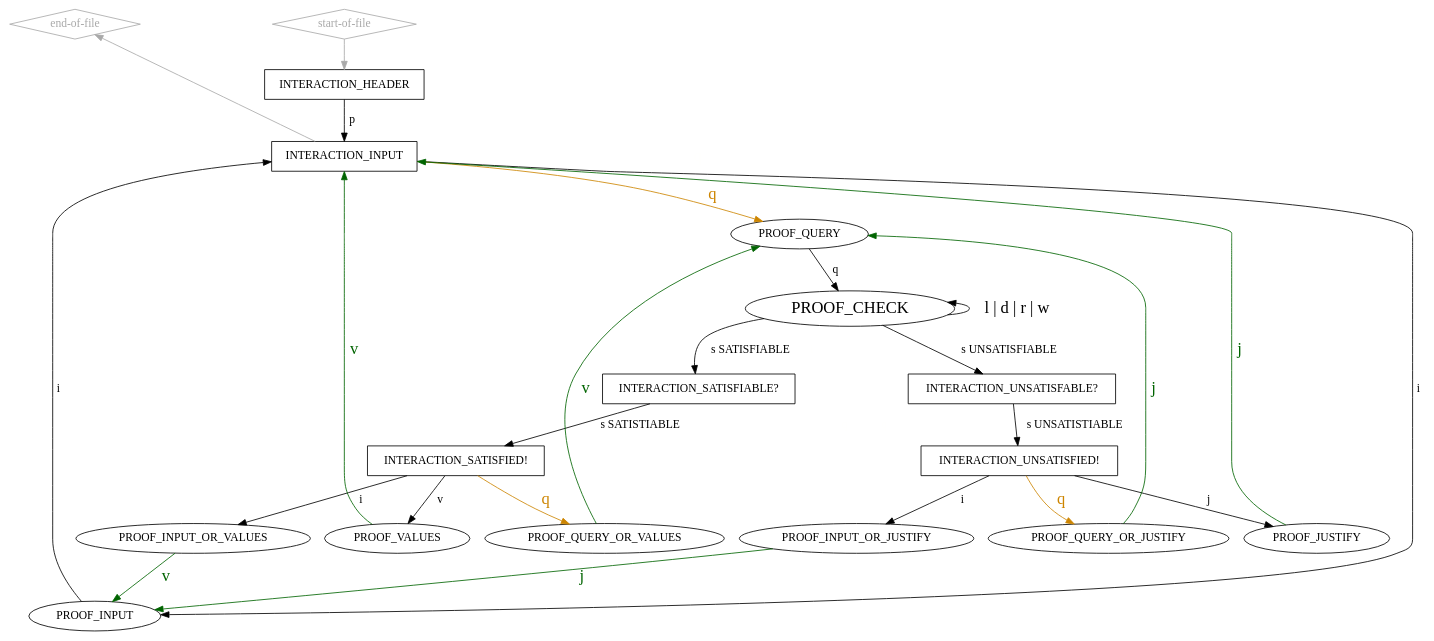
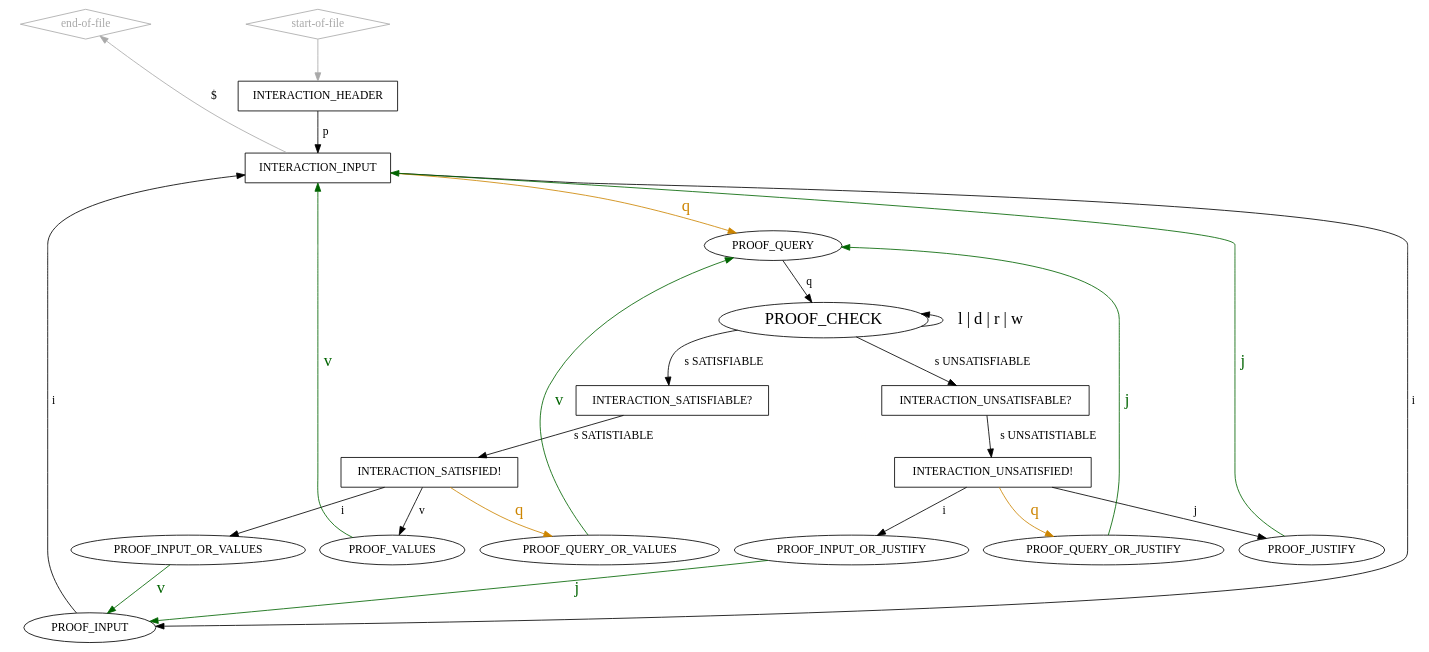
One commit to arminbiere/lidrup-check changed the diagram in idrup-check-strict.dot. Above: the diagram before and after it, drawn with Graphviz. The commit also changed 2 other files, not shown here.

```diff
--- a/idrup-check-strict.dot
+++ b/idrup-check-strict.dot
@@ -1,61 +1,61 @@
 digraph "idrup-check" {
 
   "start-of-file" [shape=diamond,color=darkgray,fontcolor=darkgray];
   "start-of-file" -> INTERACTION_HEADER [weight=2,color=darkgray];
 
   "end-of-file" [shape=diamond,color=darkgray,fontcolor=darkgray];
 
   // INTERACTION_HEADER -> "end-of-file";
   // INTERACTION_INPUT -> "end-of-file";
-   "end-of-file" -> INTERACTION_HEADER [dir=back,color=darkgray,style=invis];
-   "end-of-file" -> INTERACTION_INPUT [dir=back,color=darkgray];
+   "end-of-file" -> INTERACTION_HEADER [label="$    ",dir=back,color=darkgray,style=invis];
+   "end-of-file" -> INTERACTION_INPUT [label="$    ",dir=back,color=darkgray];
 
   INTERACTION_HEADER [shape=box];
   INTERACTION_HEADER -> PROOF_INPUT [label=" i ",style=invis];
   INTERACTION_HEADER -> PROOF_QUERY [label=" q ",color=invis,fontsize=20,fontcolor=invis];
   INTERACTION_HEADER -> INTERACTION_INPUT [label=" p ",weight=2];
 
   INTERACTION_INPUT [shape=box];
   INTERACTION_INPUT -> PROOF_INPUT [label=" i ",weight=2];
   INTERACTION_INPUT -> PROOF_QUERY [label=" q ",weight=2,color=orange3,fontsize=20,fontcolor=orange3];
 
   PROOF_INPUT -> INTERACTION_INPUT [label=" i ",weight=3];
 
   PROOF_QUERY -> PROOF_CHECK [label=" q "];
 
   PROOF_CHECK [fontsize=20];
   PROOF_CHECK -> PROOF_CHECK [label=" l | d | r | w ",dir=back,fontsize=20];
   PROOF_CHECK -> INTERACTION_SATISFIABLE [label=" s SATISFIABLE "];
   PROOF_CHECK -> INTERACTION_UNSATISFABLE [label=" s UNSATISFIABLE "];
 
   INTERACTION_UNSATISFABLE [shape="box",label="INTERACTION_UNSATISFABLE?"];
   INTERACTION_UNSATISFABLE -> INTERACTION_UNSATISFIED [label=" s UNSATISTIABLE "];
 
   INTERACTION_SATISFIABLE [shape="box",label="INTERACTION_SATISFIABLE?"];
   INTERACTION_SATISFIABLE -> INTERACTION_SATISFIED [label=" s SATISTIABLE "];
 
   INTERACTION_SATISFIED [shape=box,label="INTERACTION_SATISFIED!"];
   INTERACTION_SATISFIED -> PROOF_VALUES [label=" v "];
   INTERACTION_SATISFIED -> PROOF_INPUT_OR_VALUES [label=" i "];
   INTERACTION_SATISFIED -> PROOF_QUERY_OR_VALUES [label=" q ", color=orange3,fontsize=20,fontcolor=orange3];
 
   INTERACTION_UNSATISFIED [shape=box,label="INTERACTION_UNSATISFIED!"];
   INTERACTION_UNSATISFIED -> PROOF_JUSTIFY [label=" j "];
   INTERACTION_UNSATISFIED -> PROOF_INPUT_OR_JUSTIFY [label=" i "];
   INTERACTION_UNSATISFIED -> PROOF_QUERY_OR_JUSTIFY [label=" q ",color=orange3,fontsize=20,fontcolor=orange3];
 
   PROOF_VALUES -> INTERACTION_INPUT [label=" v ",color=darkgreen,fontsize=20,fontcolor=darkgreen];
   PROOF_JUSTIFY -> INTERACTION_INPUT [label=" j ",color=darkgreen,fontsize=20,fontcolor=darkgreen];
 
   PROOF_INPUT_OR_VALUES -> INTERACTION_INPUT [label=" i ",color=invis,fontcolor=invis];
   PROOF_INPUT_OR_VALUES -> PROOF_INPUT [label=" v ", color=darkgreen,fontcolor=darkgreen,fontsize=20];
 
   PROOF_QUERY_OR_VALUES -> PROOF_QUERY [label=" v ",color=darkgreen,fontcolor=darkgreen,fontsize=20];
   PROOF_QUERY_OR_VALUES -> PROOF_CHECK [label=" q ",color=invis,fontcolor=invis];
 
   PROOF_QUERY_OR_JUSTIFY -> PROOF_QUERY [label=" j ",color=darkgreen,fontcolor=darkgreen,fontsize=20];
   PROOF_QUERY_OR_JUSTIFY -> PROOF_CHECK [label=" q ",color=invis,fontcolor=invis];
 
   PROOF_INPUT_OR_JUSTIFY -> PROOF_INPUT [label=" j ",color=darkgreen,fontcolor=darkgreen,fontsize=20];
   PROOF_INPUT_OR_JUSTIFY -> INTERACTION_INPUT [label=" i ",color=invis,fontcolor=invis];
 }
```
